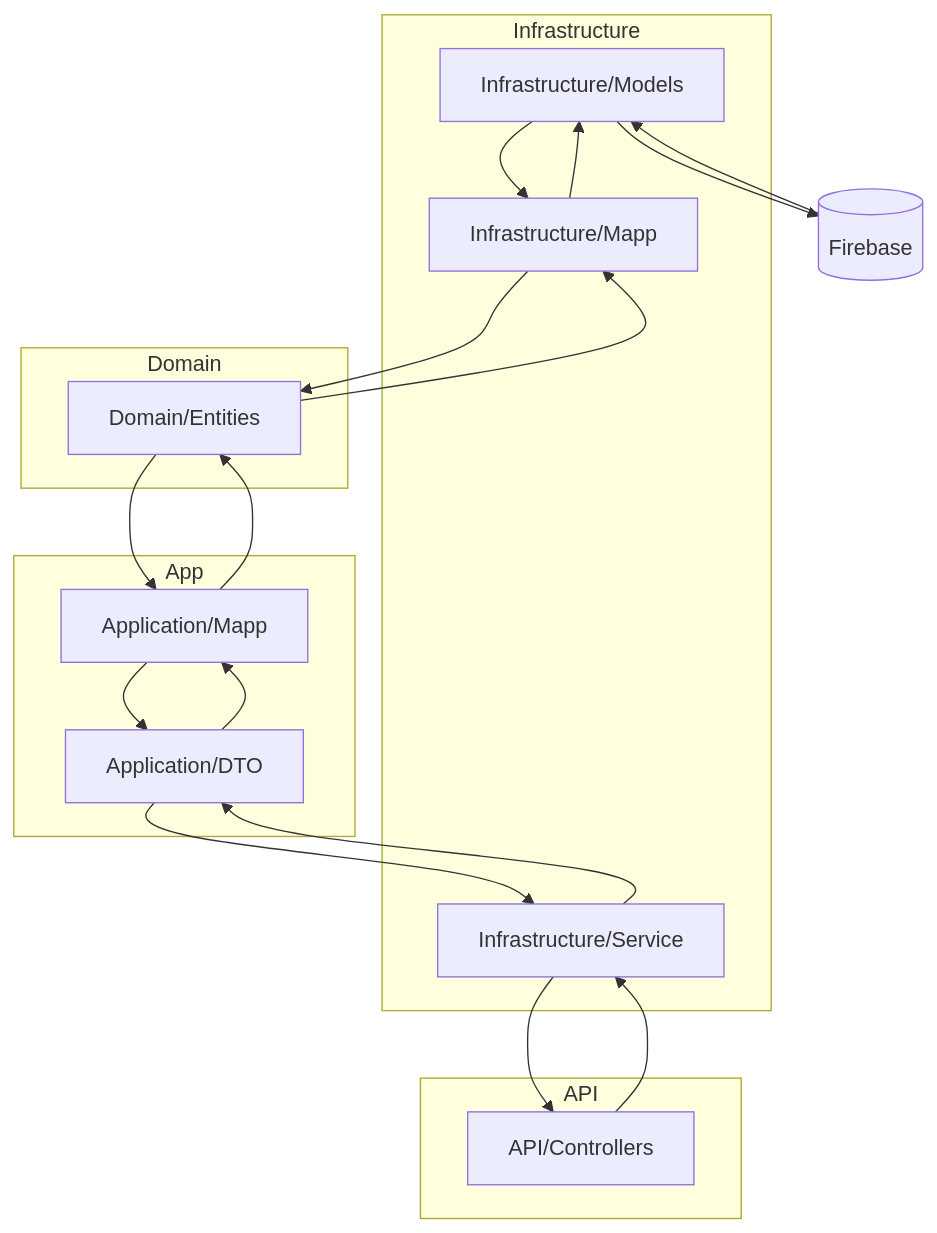
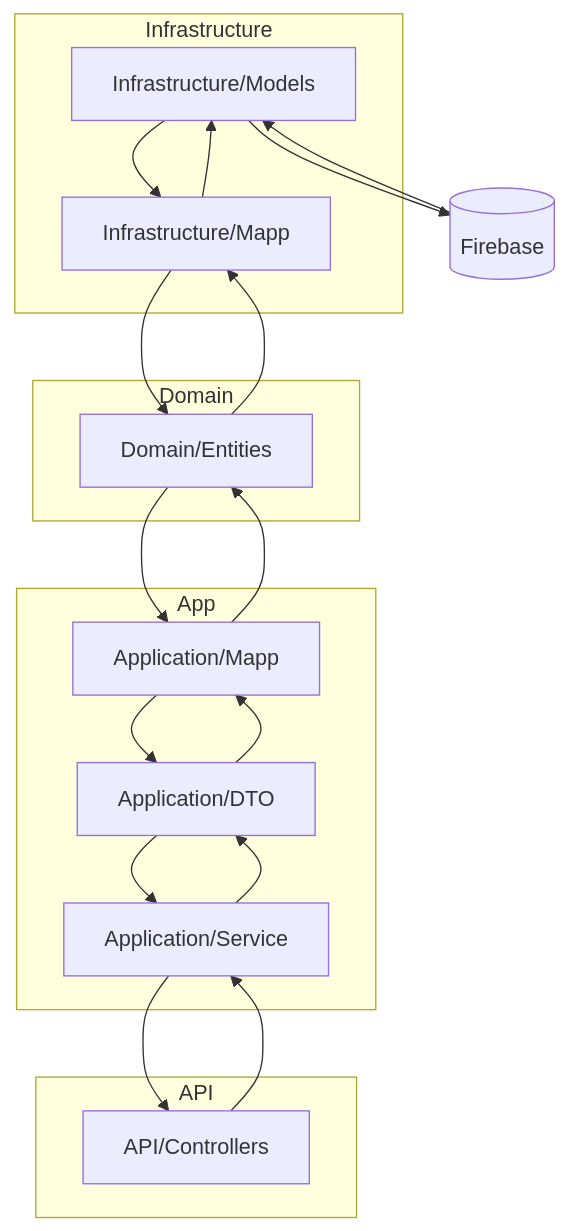
Before and after one commit to SergioAmadorLorente/Convivia-Backend: the diagram in README.md, drawn with Mermaid.

Commit message:
Add Service to Application subgraph in README

````diff
--- a/README.md
+++ b/README.md
@@ -46,50 +46,50 @@
 ```mermaid
 flowchart TB
     %% Infraestructura
     subgraph Infrastructure
         InfraModels["Infrastructure/Models"]
         InfraMapp["Infrastructure/Mapp"]
-        Service["Infrastructure/Service"]
     end
 
     %% Dominio
     subgraph Domain
         DomainEntities["Domain/Entities"]
     end
 
     %% Aplicación
     subgraph App
         AppMapp["Application/Mapp"]
         AppDTO["Application/DTO"]
+        Service["Application/Service"]
     end
 
     %% API
     subgraph API
         APIControllers["API/Controllers"]
     end
 
     %% Base de Datos
     DB[(Firebase)]
 
     %% Relaciones
     DB --> InfraModels
     InfraModels --> DB
 
     InfraModels --> InfraMapp
     InfraMapp --> InfraModels
 
     DomainEntities --> InfraMapp
     InfraMapp --> DomainEntities
 
     AppMapp --> DomainEntities
     DomainEntities --> AppMapp
 
     AppDTO --> AppMapp
     AppMapp --> AppDTO
 
     Service --> AppDTO
     AppDTO --> Service
 
     APIControllers --> Service
     Service --> APIControllers
 ```
````
